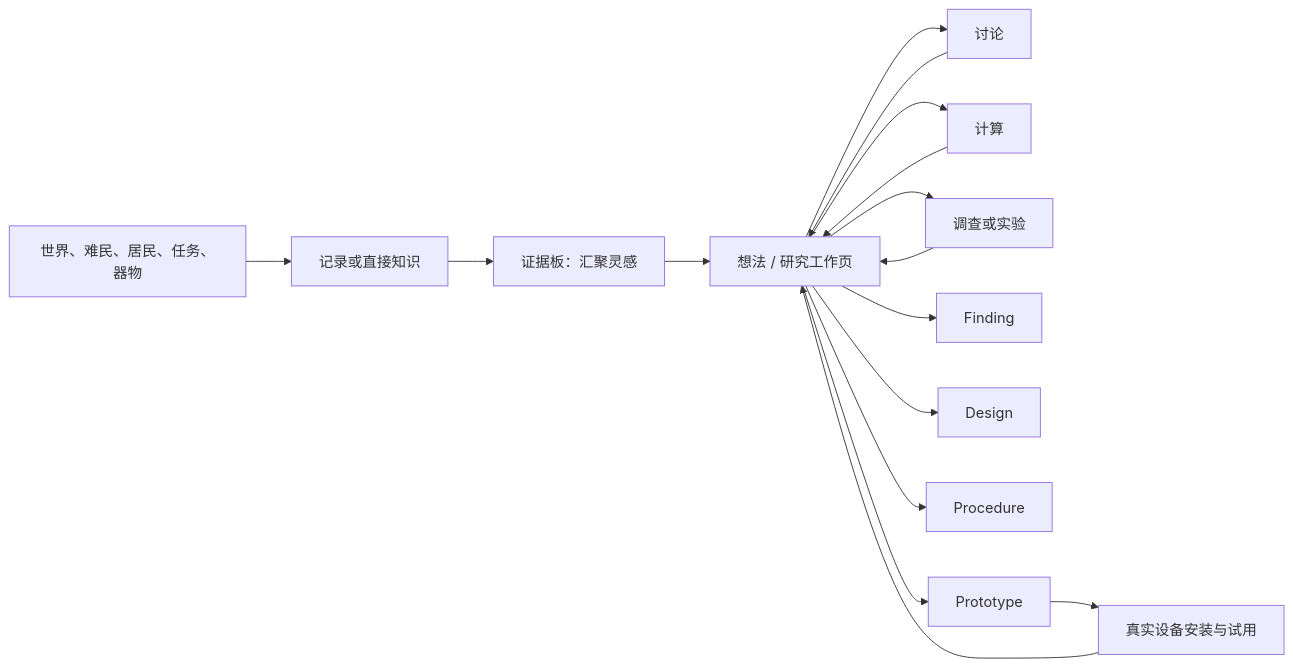
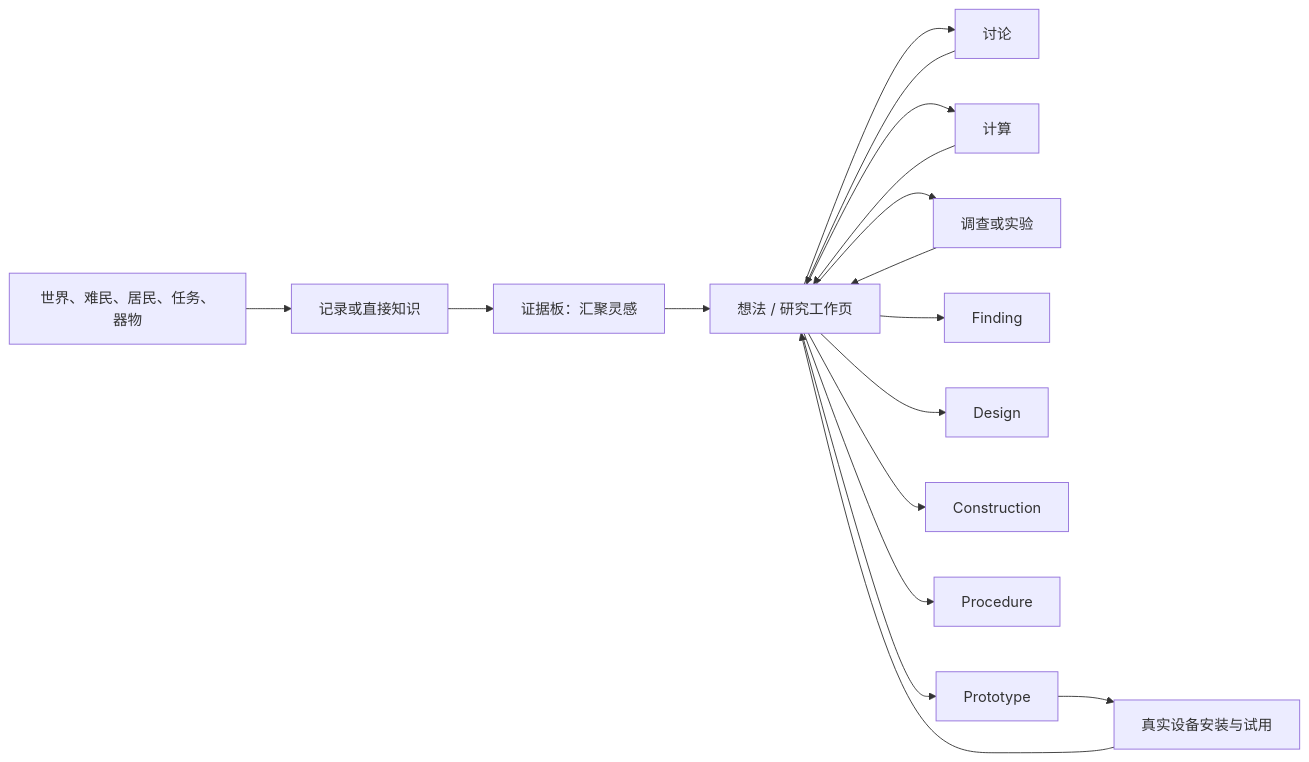
Before and after one commit to TeamMoegMC/FrostedHeart: the first of 2 diagrams in plans/2026-08-25_16-17-39_generative-research-knowledge-laboratory-v2.md, drawn with Mermaid. The commit also changed other lines of this file and 55 other files, not shown here.

```diff
--- a/plans/2026-08-25_16-17-39_generative-research-knowledge-laboratory-v2.md
+++ b/plans/2026-08-25_16-17-39_generative-research-knowledge-laboratory-v2.md
@@ -69,18 +71,19 @@
 ~~~mermaid
 flowchart LR
     S["世界、难民、居民、任务、器物"] --> R["记录或直接知识"]
     R --> B["证据板：汇聚灵感"]
     B --> I["想法 / 研究工作页"]
     I --> D["讨论"]
     I --> C["计算"]
     I --> E["调查或实验"]
     D --> I
     C --> I
     E --> I
     I --> F["Finding"]
     I --> G["Design"]
+    I --> C2["Construction"]
     I --> P["Procedure"]
     I --> O["Prototype"]
     O --> H["真实设备安装与试用"]
     H --> I
 ~~~
```
